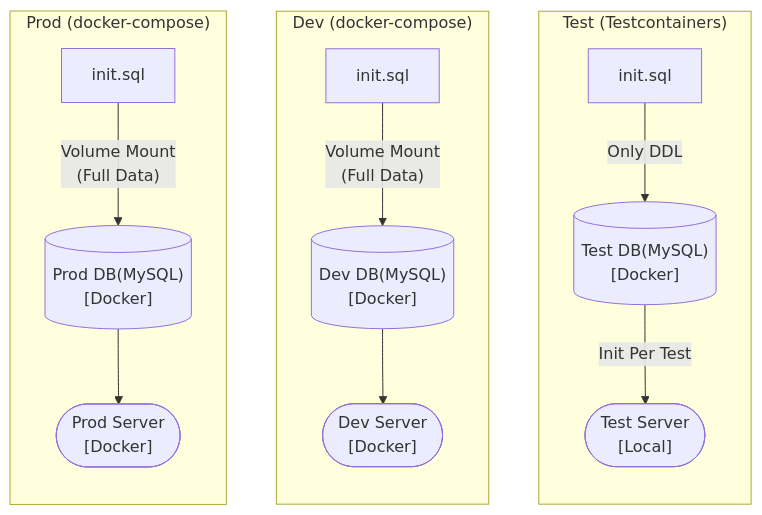
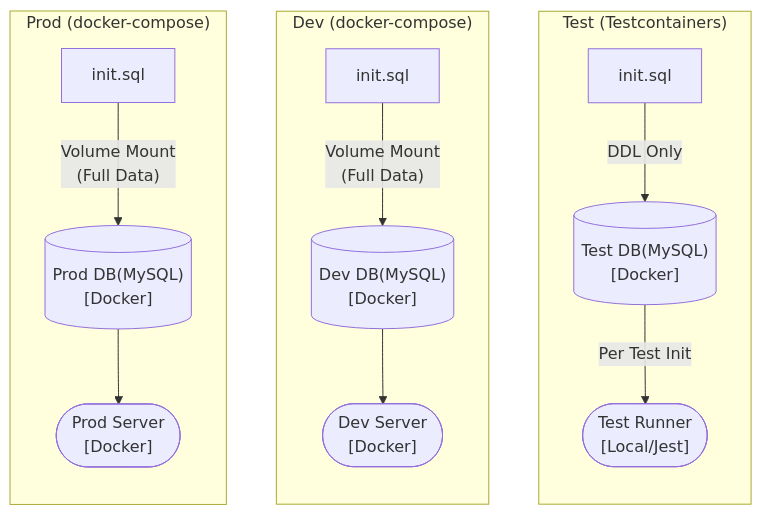
Before and after one commit to shininghyunho/bangbang: the diagram in 첨부파일/adr/004-devops-docker-strategy.md, drawn with Mermaid. The commit also changed other lines of this file and 3 other files, not shown here.

````diff
--- a/첨부파일/adr/004-devops-docker-strategy.md
+++ b/첨부파일/adr/004-devops-docker-strategy.md
@@ -33,38 +33,35 @@
 ```mermaid
 graph LR
     subgraph Env_Prod ["Prod (docker-compose)"]
         direction TB
         Prod_App(["Prod Server<br>[Docker]"])
         Prod_DB[("Prod DB(MySQL)<br>[Docker]")]
         Init_Prod[init.sql]
 
-        %% 세로 배치 연결
         Init_Prod --> |"Volume Mount<br>(Full Data)"| Prod_DB
         Prod_DB --> Prod_App
     end
 
     subgraph Env_Dev ["Dev (docker-compose)"]
         direction TB
         Dev_App(["Dev Server<br>[Docker]"])
         Dev_DB[("Dev DB(MySQL)<br>[Docker]")]
         Init_Dev[init.sql]
 
-        %% 세로 배치 연결
         Init_Dev --> |"Volume Mount<br>(Full Data)"| Dev_DB
         Dev_DB --> Dev_App
     end
 
     subgraph Env_Test ["Test (Testcontainers)"]
         direction TB
-        Test_App(["Test Server<br>[Local]"])
+        Test_App(["Test Runner<br>[Local/Jest]"])
         Test_DB[("Test DB(MySQL)<br>[Docker]")]
         Init_Test["init.sql"]
-        %% 세로 배치 연결
-        Init_Test --> |Only DDL|Test_DB
-        Test_DB --> |Init Per Test|Test_App
+
+        Init_Test --> |DDL Only|Test_DB
+        Test_DB --> |Per Test Init|Test_App
     end
 
-    %% 서브그래프 간 가로 배치를 강제하기 위한 투명 연결선
     Env_Prod ~~~ Env_Dev
     Env_Dev ~~~ Env_Test
 ```
````
